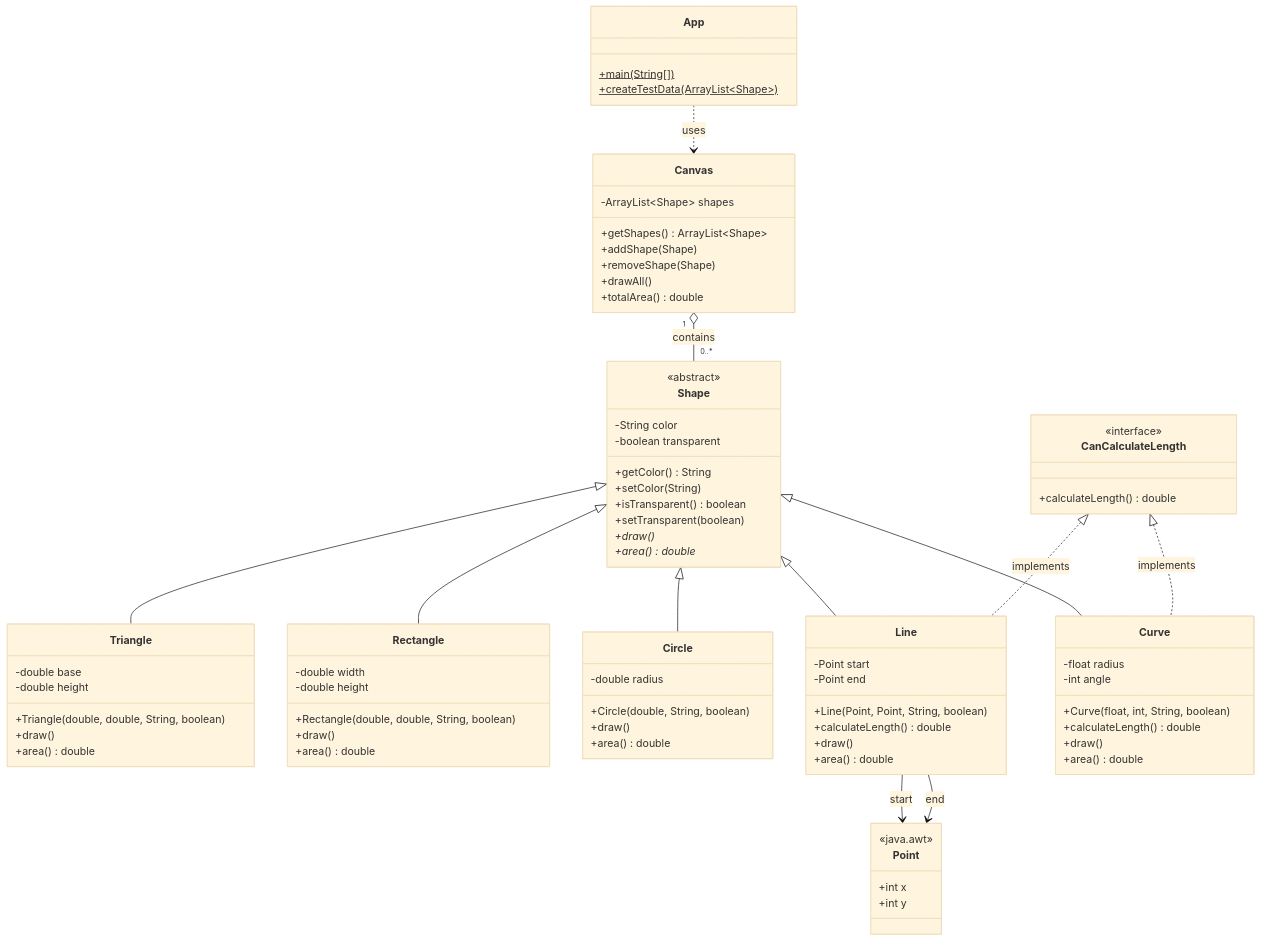
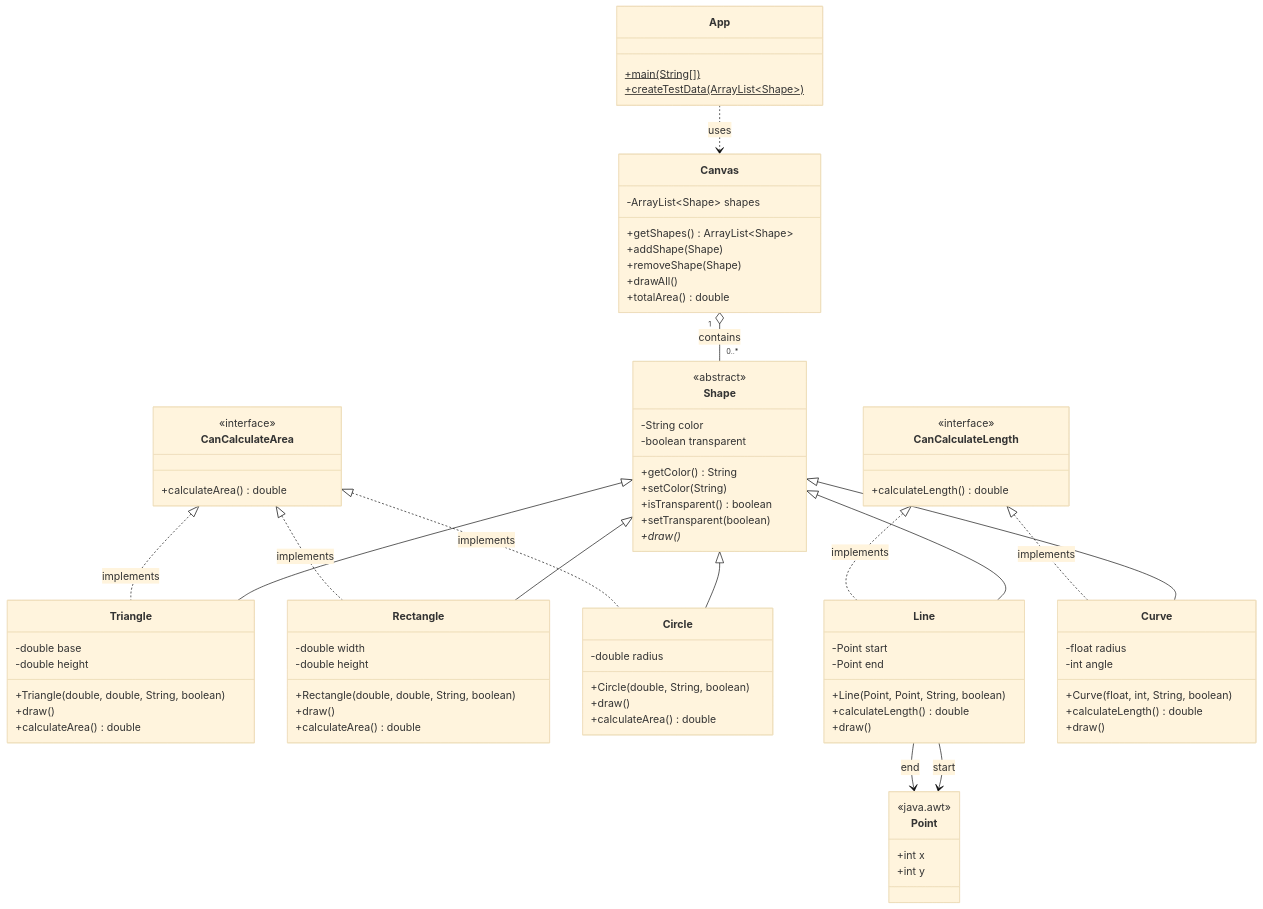
Before and after one commit to tuo-vamk/vector-draw-app: the diagram in README.md, drawn with Mermaid (base theme). The commit also changed other lines of this file and 9 other files, not shown here.

Commit message:
Added CanCalculateArea interfaace

```diff
--- a/README.md
+++ b/README.md
@@ -15,7 +15,11 @@
         +isTransparent() boolean
         +setTransparent(boolean)
         +draw()*
-        +area()* double
+    }
+
+    class CanCalculateArea {
+        <<interface>>
+        +calculateArea() double
     }
 
     class Triangle {
@@ -23,7 +27,7 @@
         -double height
         +Triangle(double, double, String, boolean)
         +draw()
-        +area() double
+        +calculateArea() double
     }
 
     class Rectangle {
@@ -31,14 +35,14 @@
         -double height
         +Rectangle(double, double, String, boolean)
         +draw()
-        +area() double
+        +calculateArea() double
     }
 
     class Circle {
         -double radius
         +Circle(double, String, boolean)
         +draw()
-        +area() double
+        +calculateArea() double
     }
 
     class CanCalculateLength {
@@ -52,7 +56,6 @@
         +Line(Point, Point, String, boolean)
         +calculateLength() double
         +draw()
-        +area() double
     }
 
     class Curve {
@@ -61,7 +64,6 @@
         +Curve(float, int, String, boolean)
         +calculateLength() double
         +draw()
-        +area() double
     }
 
     class Canvas {
@@ -89,6 +91,9 @@
     Shape <|-- Circle
     Shape <|-- Line
     Shape <|-- Curve
+    CanCalculateArea <|.. Triangle : implements
+    CanCalculateArea <|.. Rectangle : implements
+    CanCalculateArea <|.. Circle : implements
     CanCalculateLength <|.. Line : implements
     CanCalculateLength <|.. Curve : implements
     Canvas "1" o-- "0..*" Shape : contains
```
